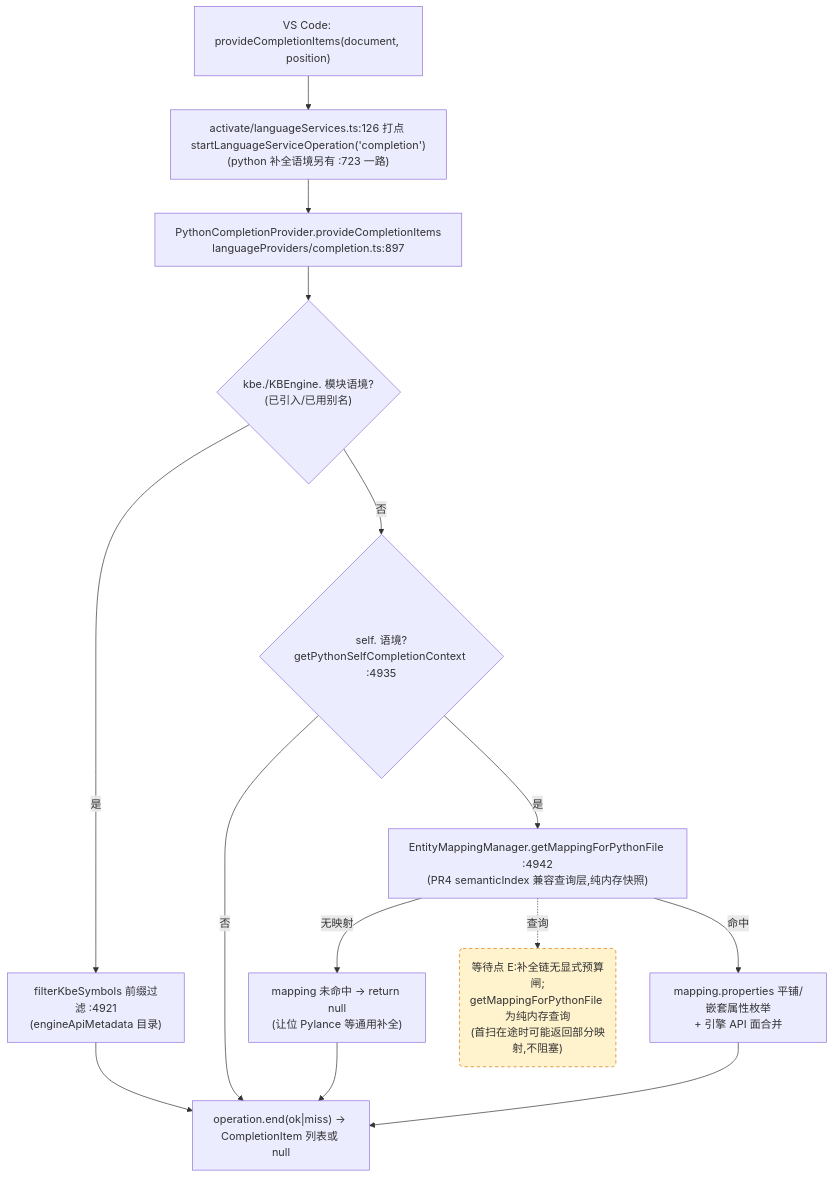
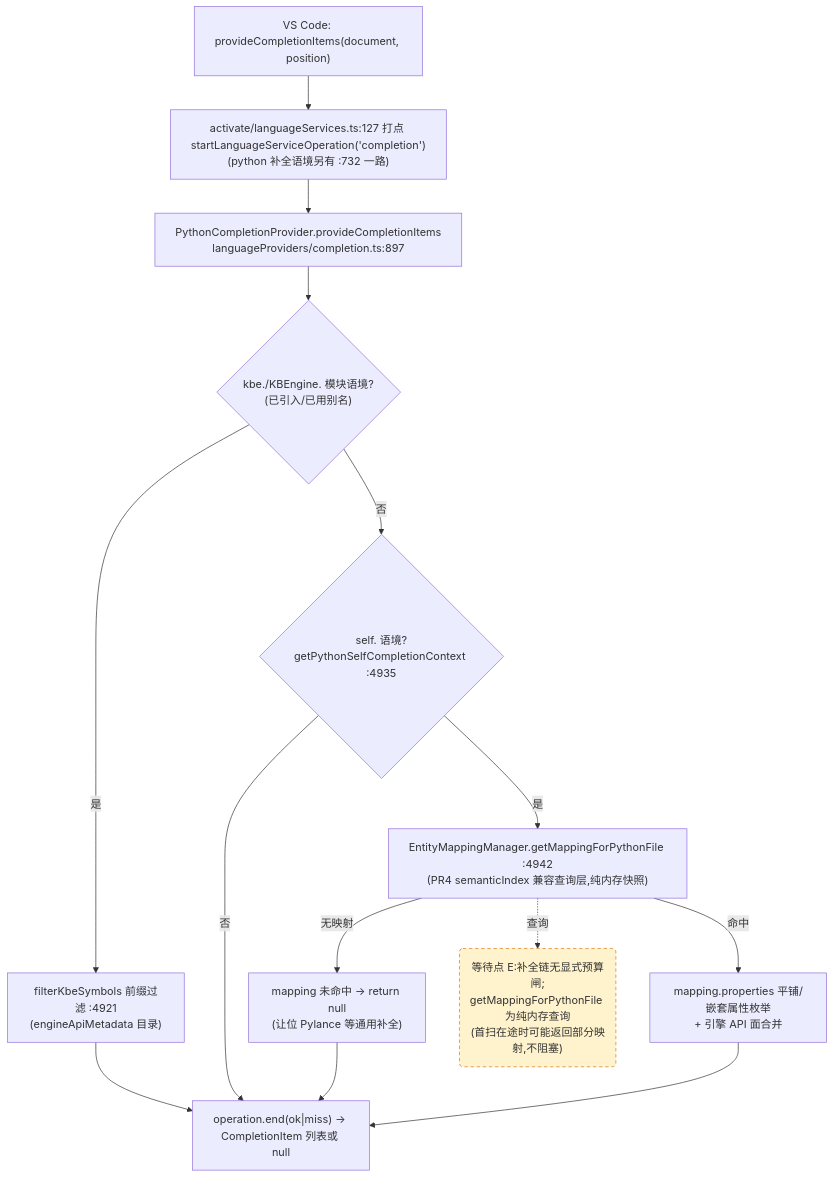
One commit to cuihairu/kode changed the third of 4 diagrams in docs/perf/2026-baseline.md. Above: the diagram before and after it, drawn with Mermaid. The commit also changed other lines of this file and 16 other files, not shown here.

````diff
--- a/docs/perf/2026-baseline.md
+++ b/docs/perf/2026-baseline.md
@@ -190,27 +190,27 @@
 ```mermaid
 flowchart TD
   VC3["VS Code: provideCompletionItems(document, position)"]
-  M3["activate/languageServices.ts:126 打点 startLanguageServiceOperation('completion')<br/>(python 补全语境另有 :723 一路)"]
+  M3["activate/languageServices.ts:127 打点 startLanguageServiceOperation('completion')<br/>(python 补全语境另有 :732 一路)"]
   CP["PythonCompletionProvider.provideCompletionItems<br/>languageProviders/completion.ts:897"]
   KBEC{"kbe./KBEngine. 模块语境?<br/>(已引入/已用别名)"}
   FILTER["filterKbeSymbols 前缀过滤 :4921<br/>(engineApiMetadata 目录)"]
   SELFC{"self. 语境?<br/>getPythonSelfCompletionContext :4935"}
   MAP["EntityMappingManager.getMappingForPythonFile :4942<br/>(PR4 semanticIndex 兼容查询层,纯内存快照)"]
   NOMAP["mapping 未命中 → return null<br/>(让位 Pylance 等通用补全)"]
   PROPS["mapping.properties 平铺/嵌套属性枚举<br/>+ 引擎 API 面合并"]
   END3["operation.end(ok|miss) → CompletionItem 列表或 null"]
 
   VC3 --> M3 --> CP --> KBEC
   KBEC -- "是" --> FILTER --> END3
   KBEC -- "否" --> SELFC
   SELFC -- "否" --> END3
   SELFC -- "是" --> MAP
   MAP -- "无映射" --> NOMAP --> END3
   MAP -- "命中" --> PROPS --> END3
 
   WAITE("等待点 E:补全链无显式预算闸;<br/>getMappingForPythonFile 为纯内存查询<br/>(首扫在途时可能返回部分映射,不阻塞)")
   MAP -.->|查询| WAITE
 
   classDef waitPoint fill:#fff3cd,stroke:#d97706,stroke-dasharray:5 4;
   class WAITE waitPoint;
 ```
````
